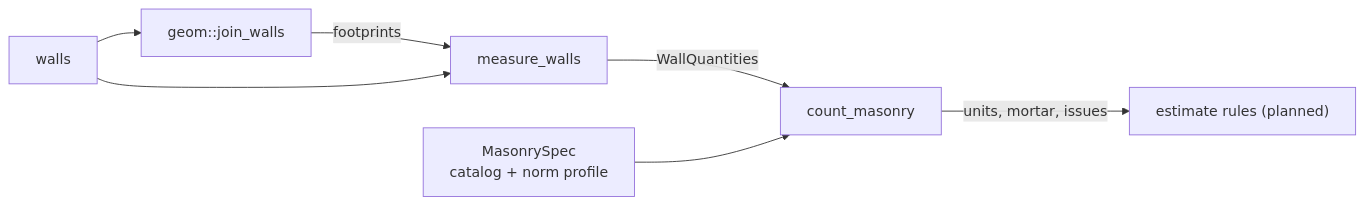
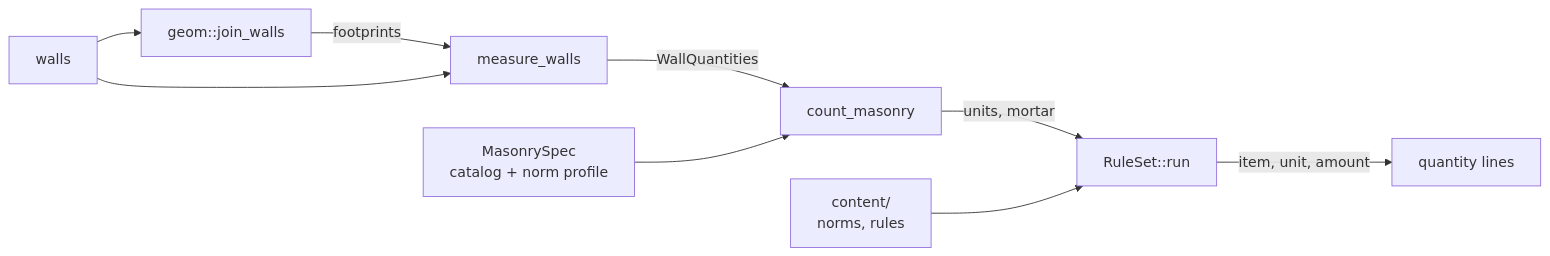
One commit to globallstudent/otves changed the diagram in engine/takeoff/README.md. Above: the diagram before and after it, drawn with Mermaid. The commit also changed other lines of this file and 7 other files, not shown here.

Commit message:
feat(engine/takeoff): run content rules in a Luau sandbox

````diff
--- a/engine/takeoff/README.md
+++ b/engine/takeoff/README.md
@@ -5,9 +5,11 @@
 ```mermaid
 flowchart LR
   W["walls"] --> J["geom::join_walls"]
   J -- "footprints" --> M["measure_walls"]
   W --> M
   M -- "WallQuantities" --> C["count_masonry"]
   S["MasonrySpec<br/>catalog + norm profile"] --> C
-  C -- "units, mortar, issues" --> E["estimate rules (planned)"]
+  C -- "units, mortar" --> R["RuleSet::run"]
+  K["content/<br/>norms, rules"] --> R
+  R -- "item, unit, amount" --> L["quantity lines"]
 ```
````
